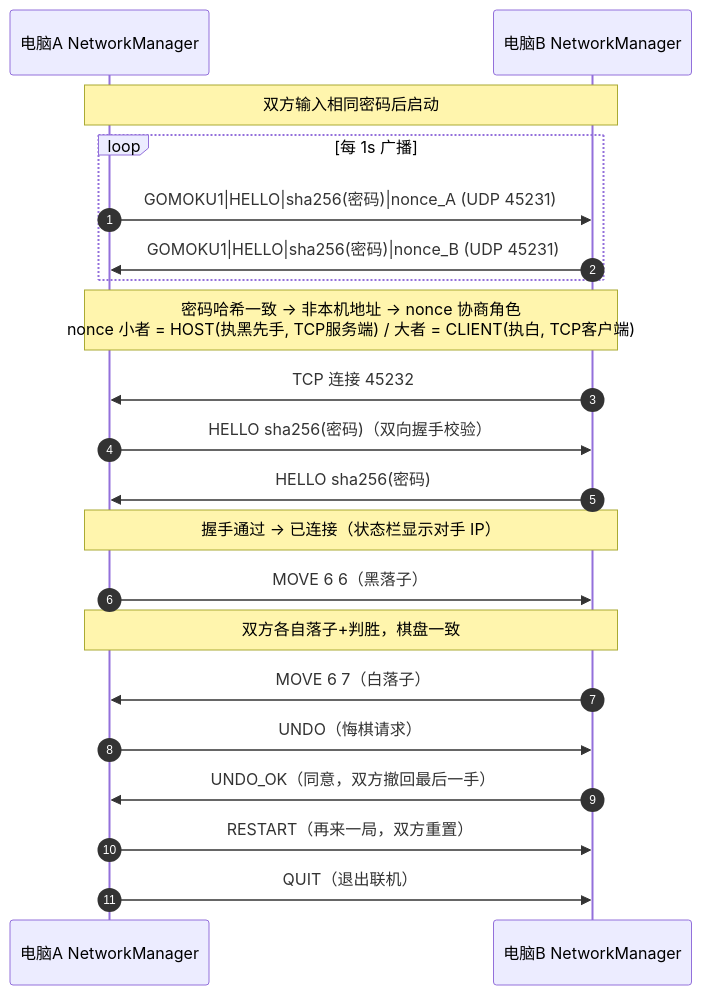
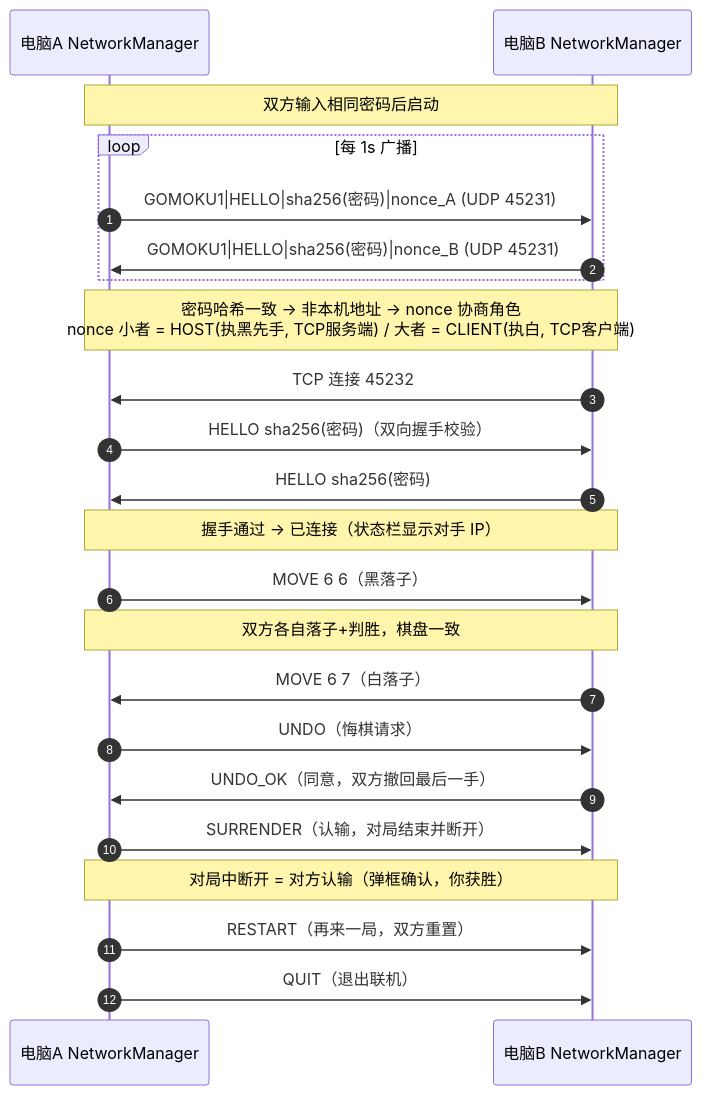
The second of 2 diagrams in games/gomoku-ai/docs/architecture.md (ryanuo/cstudy), drawn with Mermaid before and after one commit. The commit also changed other lines of this file and 7 other files, not shown here.

````diff
--- a/games/gomoku-ai/docs/architecture.md
+++ b/games/gomoku-ai/docs/architecture.md
@@ -45,25 +45,27 @@
 ```mermaid
 sequenceDiagram
     autonumber
     participant A as 电脑A NetworkManager
     participant B as 电脑B NetworkManager
 
     Note over A,B: 双方输入相同密码后启动
     loop 每 1s 广播
         A->>B: GOMOKU1|HELLO|sha256(密码)|nonce_A (UDP 45231)
         B->>A: GOMOKU1|HELLO|sha256(密码)|nonce_B (UDP 45231)
     end
     Note over A,B: 密码哈希一致 → 非本机地址 → nonce 协商角色<br/>nonce 小者 = HOST(执黑先手, TCP服务端) / 大者 = CLIENT(执白, TCP客户端)
     B->>A: TCP 连接 45232
     A->>B: HELLO sha256(密码)（双向握手校验）
     B->>A: HELLO sha256(密码)
     Note over A,B: 握手通过 → 已连接（状态栏显示对手 IP）
 
     A->>B: MOVE 6 6（黑落子）
     Note over A,B: 双方各自落子+判胜，棋盘一致
     B->>A: MOVE 6 7（白落子）
     A->>B: UNDO（悔棋请求）
     B->>A: UNDO_OK（同意，双方撤回最后一手）
+    A->>B: SURRENDER（认输，对局结束并断开）
+    Note over A,B: 对局中断开 = 对方认输（弹框确认，你获胜）
     A->>B: RESTART（再来一局，双方重置）
     A->>B: QUIT（退出联机）
 ```
````
